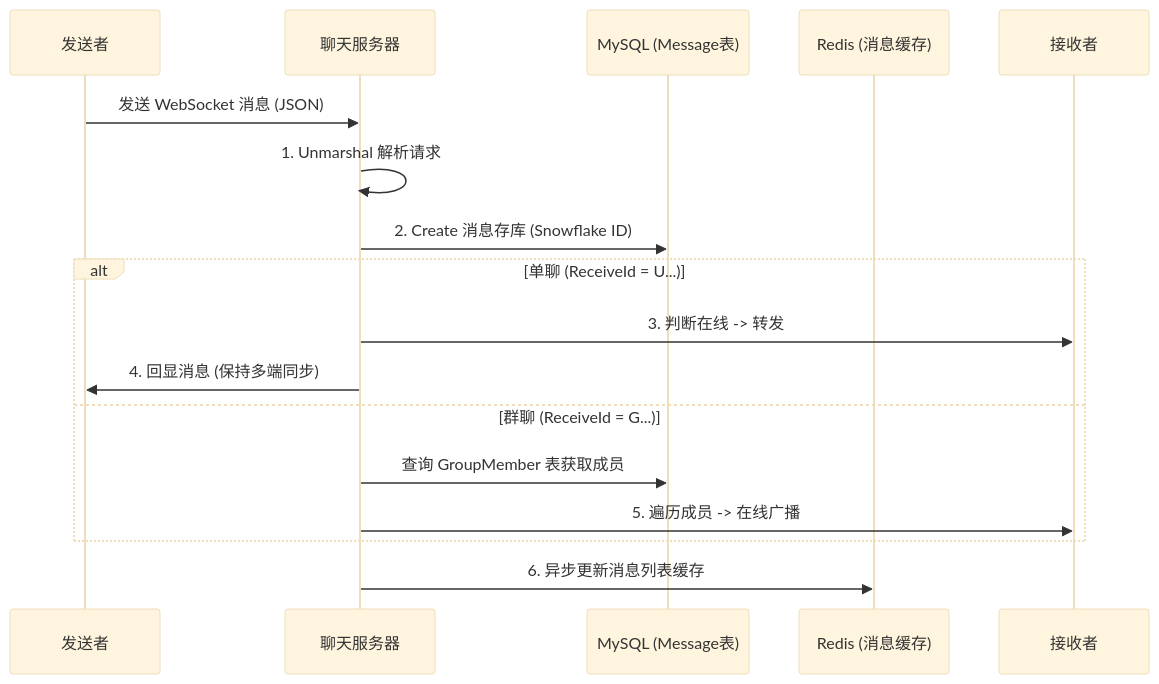
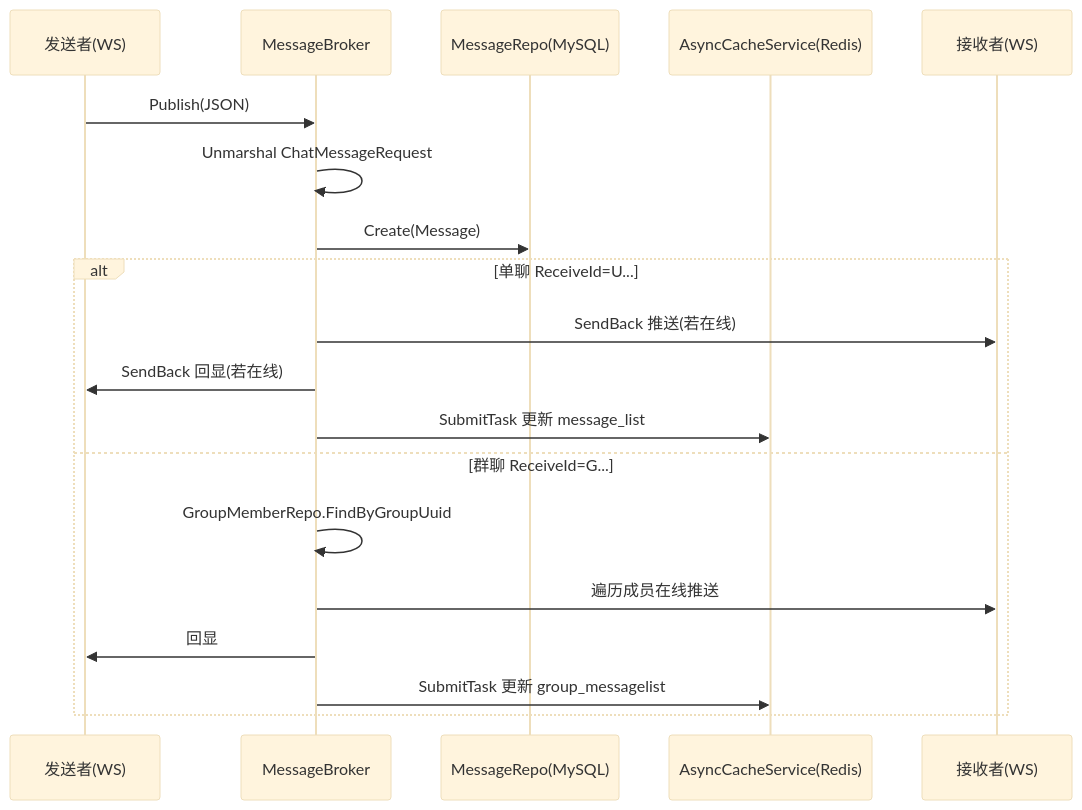
Before and after one commit to liusonglei796/chat-server: the diagram in tutorial/17_单聊与群聊消息处理.md, drawn with Mermaid (base theme). The commit also changed other lines of this file and 24 other files, not shown here.

````diff
--- a/tutorial/17_单聊与群聊消息处理.md
+++ b/tutorial/17_单聊与群聊消息处理.md
@@ -19,22 +31,23 @@
 ```mermaid
 sequenceDiagram
-    participant Sender as 发送者
-    participant Server as 聊天服务器
-    participant DB as MySQL (Message表)
-    participant Redis as Redis (消息缓存)
-    participant Receiver as 接收者
+    participant Sender as 发送者(WS)
+    participant Broker as MessageBroker
+    participant Repo as MessageRepo(MySQL)
+    participant Cache as AsyncCacheService(Redis)
+    participant Receiver as 接收者(WS)
 
-    Sender->>Server: 发送 WebSocket 消息 (JSON)
-    Server->>Server: 1. Unmarshal 解析请求
-    Server->>DB: 2. Create 消息存库 (Snowflake ID)
+    Sender->>Broker: Publish(JSON)
+    Broker->>Broker: Unmarshal ChatMessageRequest
+    Broker->>Repo: Create(Message)
 
-    alt 单聊 (ReceiveId = U...)
-        Server->>Receiver: 3. 判断在线 -> 转发
-        Server->>Sender: 4. 回显消息 (保持多端同步)
-    else 群聊 (ReceiveId = G...)
-        Server->>DB: 查询 GroupMember 表获取成员
-        Server->>Receiver: 5. 遍历成员 -> 在线广播
+    alt 单聊 ReceiveId=U...
+        Broker->>Receiver: SendBack 推送(若在线)
+        Broker->>Sender: SendBack 回显(若在线)
+        Broker->>Cache: SubmitTask 更新 message_list
+    else 群聊 ReceiveId=G...
+        Broker->>Broker: GroupMemberRepo.FindByGroupUuid
+        Broker->>Receiver: 遍历成员在线推送
+        Broker->>Sender: 回显
+        Broker->>Cache: SubmitTask 更新 group_messagelist
     end
-
-    Server->>Redis: 6. 异步更新消息列表缓存
 ```
````
